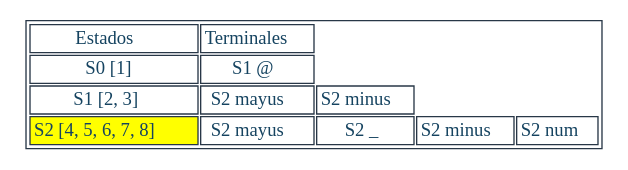
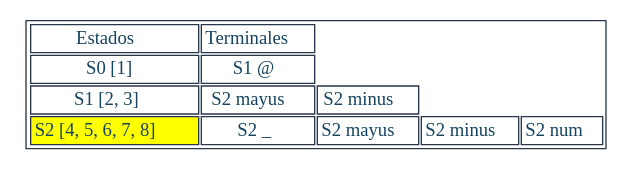
One commit to JeffMendez/OCL_Proyecto1_201901557 changed the diagram in Regexive/archivos/TRANSICIONES_201901557/igusername.dot. Above: the diagram before and after it, drawn with Graphviz. The commit also changed 114 other files, not shown here.

```diff
--- a/Regexive/archivos/TRANSICIONES_201901557/igusername.dot
+++ b/Regexive/archivos/TRANSICIONES_201901557/igusername.dot
@@ -1,14 +1,14 @@
 digraph T {
 aHtmlTable [
    shape=plaintext
    color="#283747" fontcolor="#154360" label=<
 
    <table border='1' cellborder='1'>
    <tr>
       <td>Estados</td>
       <td>Terminales</td>
-   </tr><tr><td>S0 [1]</td><td>S1 @</td></tr><tr><td>S1 [2, 3]</td><td>S2 mayus</td><td>S2 minus</td></tr><tr><td bgcolor="yellow"> S2 [4, 5, 6, 7, 8]</td><td>S2 mayus</td><td>S2 _</td><td>S2 minus</td><td>S2 num</td></tr></table>
+   </tr><tr><td>S0 [1]</td><td>S1 @</td></tr><tr><td>S1 [2, 3]</td><td>S2 mayus</td><td>S2 minus</td></tr><tr><td bgcolor="yellow"> S2 [4, 5, 6, 7, 8]</td><td>S2 _</td><td>S2 mayus</td><td>S2 minus</td><td>S2 num</td></tr></table>
 
    >]; 
 
 }
```
